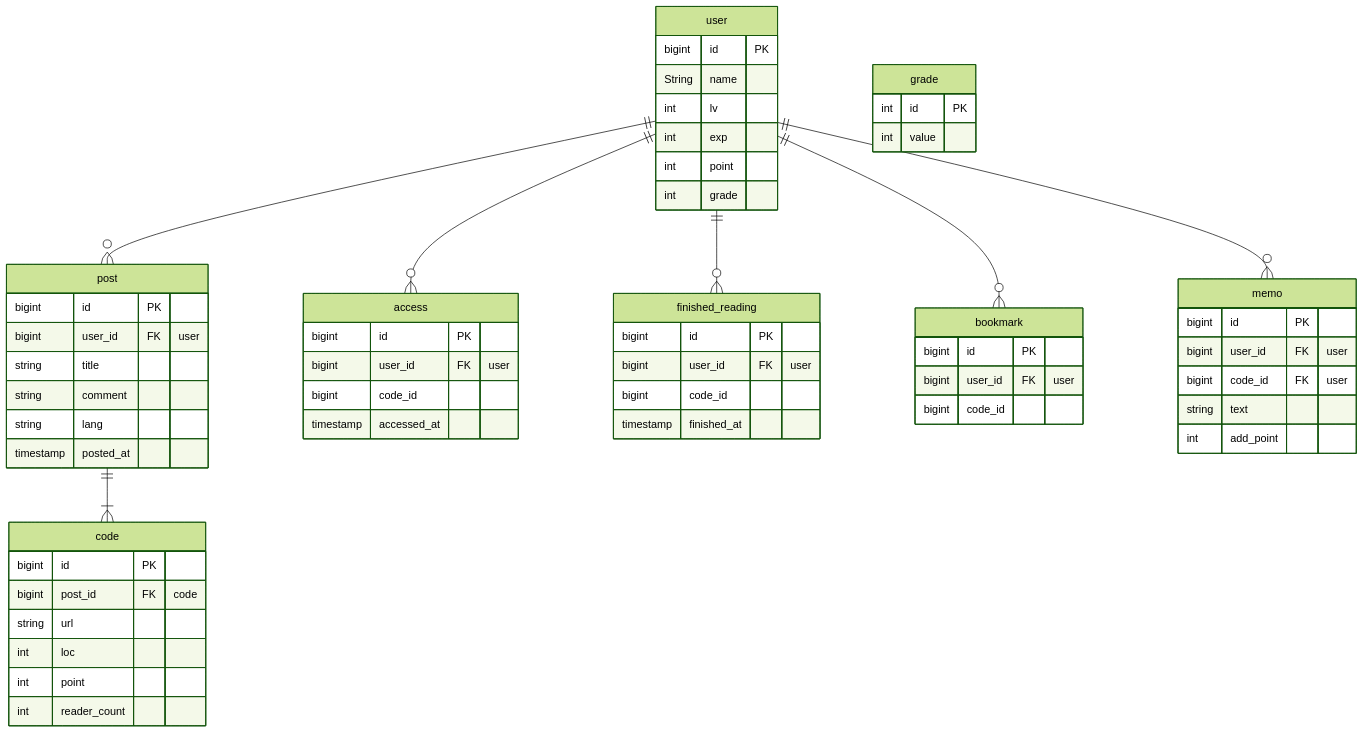
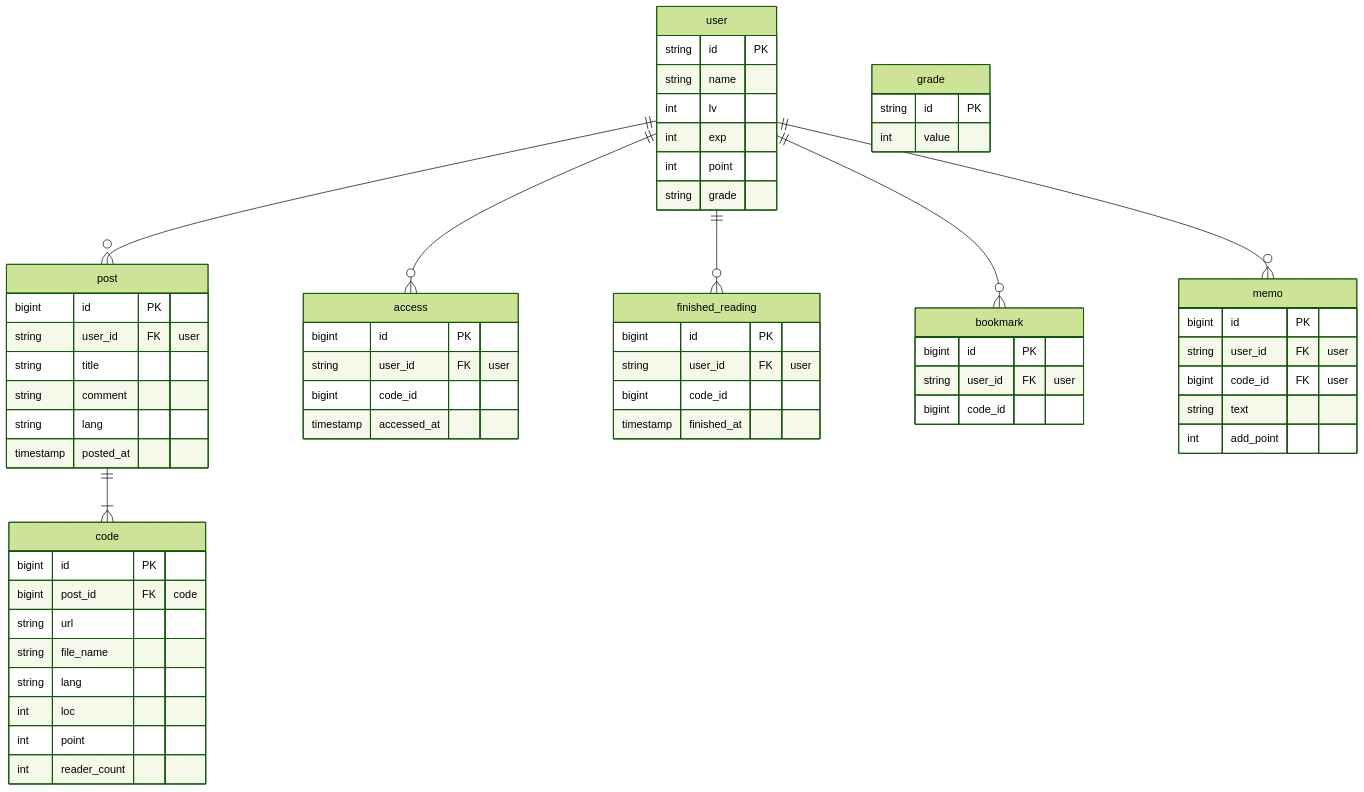
The diagram in chart/ER.md (KimuraRyunosuke/CodeLeader), drawn with Mermaid (forest theme) before and after one commit.

````diff
--- a/chart/ER.md
+++ b/chart/ER.md
@@ -1,69 +1,71 @@
 ```mermaid
 erDiagram
     user {
-        bigint id PK
-        String name
+        string id PK
+        string name
         int lv
         int exp
         int point
-        int grade
+        string grade
     }
 
     post {
         bigint id PK
-        bigint user_id FK "user"
+        string user_id FK "user"
         string title
         string comment
         string lang
         timestamp posted_at
     }
 
     code {
         bigint id PK
         bigint post_id FK "code"
         string url
+        string file_name
+        string lang
         int loc
         int point
         int reader_count
     }
 
     access {
         bigint id PK
-        bigint user_id FK "user"
+        string user_id FK "user"
         bigint code_id
         timestamp accessed_at
     }
 
     finished_reading {
         bigint id PK
-        bigint user_id FK "user"
+        string user_id FK "user"
         bigint code_id
         timestamp finished_at
     }
 
     bookmark {
         bigint id PK
-        bigint user_id FK "user"
+        string user_id FK "user"
         bigint code_id
     }
 
     memo {
         bigint id PK
-        bigint user_id FK "user"
+        string user_id FK "user"
         bigint code_id FK "user"
         string text
         int add_point
     }
 
     grade {
-        int id PK
+        string id PK
         int value
     }
 
     user ||--o{ post : ""
     user ||--o{ access : ""
     user ||--o{ finished_reading : ""
     user ||--o{ bookmark : ""
     user ||--o{ memo : ""
     post ||--|{ code : ""
 ```
````
